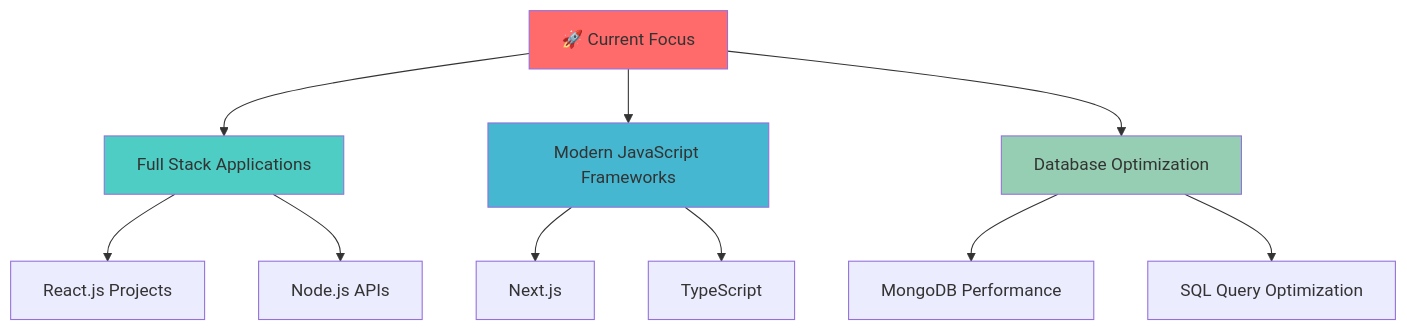
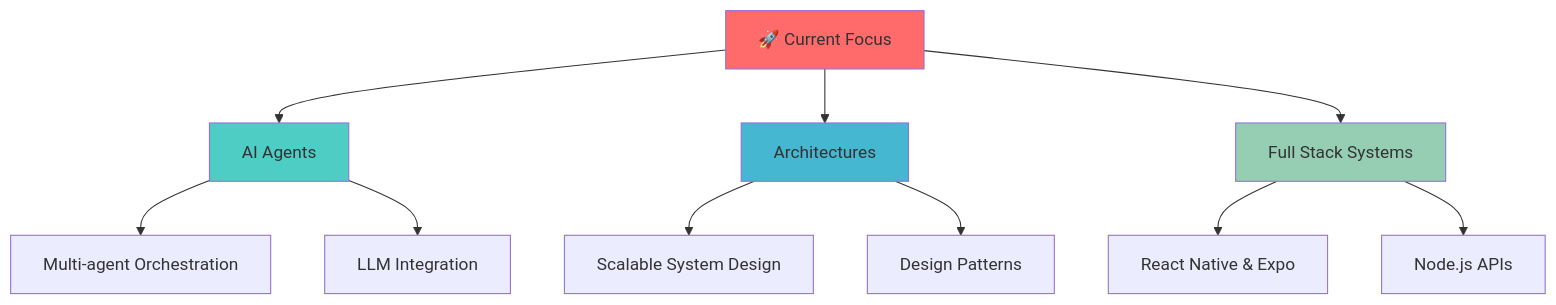
One commit to Chiranth-Janardhan-moger/Chiranth-Janardhan-moger changed the diagram in README.md. Above: the diagram before and after it, drawn with Mermaid. The commit also changed other lines of this file, not shown here.

Commit message:
docs: update current focus to AI agents and architectures

````diff
--- a/README.md
+++ b/README.md
@@ -173,20 +173,20 @@
 ```mermaid
 graph TD
-    A[🚀 Current Focus] --> B[Full Stack Applications]
-    A --> C[Modern JavaScript Frameworks]
-    A --> D[Database Optimization]
+    A[🚀 Current Focus] --> B[AI Agents]
+    A --> C[Architectures]
+    A --> D[Full Stack Systems]
     
-    B --> E[React.js Projects]
-    B --> F[Node.js APIs]
+    B --> E[Multi-agent Orchestration]
+    B --> F[LLM Integration]
     
-    C --> G[Next.js]
-    C --> H[TypeScript]
+    C --> G[Scalable System Design]
+    C --> H[Design Patterns]
     
-    D --> I[MongoDB Performance]
-    D --> J[SQL Query Optimization]
+    D --> I[React Native & Expo]
+    D --> J[Node.js APIs]
     
     style A fill:#ff6b6b
     style B fill:#4ecdc4
     style C fill:#45b7d1
     style D fill:#96ceb4
 ```
````
